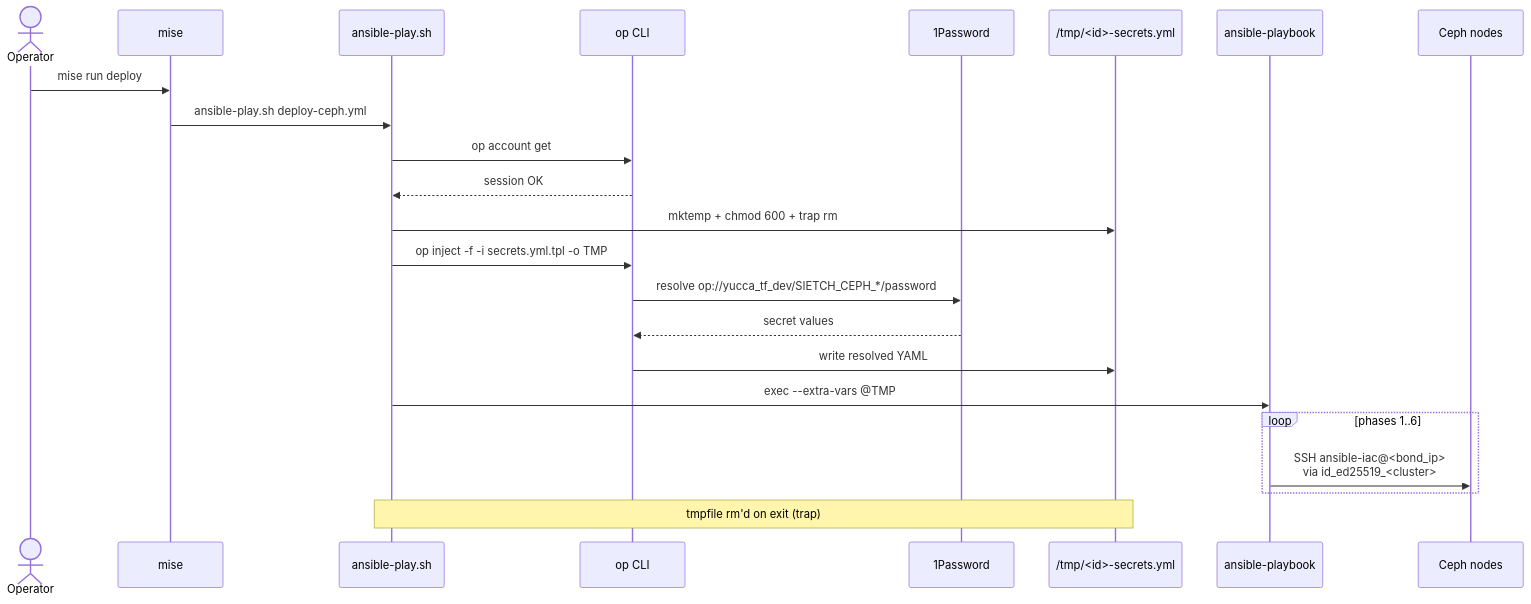
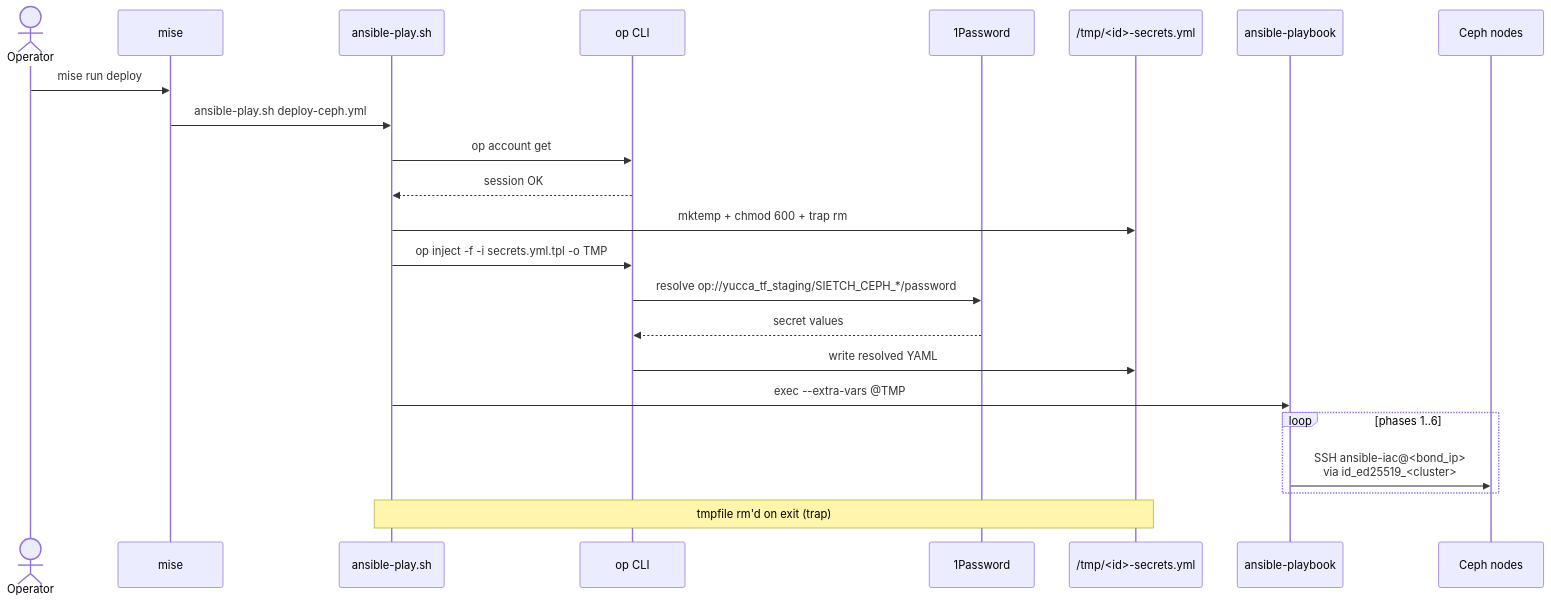
Before and after one commit to immich-app/yucca: the seventh of 11 diagrams in ansible/ceph/docs/architecture.md, drawn with Mermaid. The commit also changed other lines of this file and 16 other files, not shown here.

````diff
--- a/ansible/ceph/docs/architecture.md
+++ b/ansible/ceph/docs/architecture.md
@@ -560,26 +590,26 @@
 ```mermaid
 sequenceDiagram
     actor OP as Operator
     participant MISE as mise
     participant WRAP as ansible-play.sh
     participant OPCLI as op CLI
     participant ONEP as 1Password
     participant TMP as /tmp/<id>-secrets.yml
     participant ANS as ansible-playbook
     participant NODES as Ceph nodes
 
     OP->>MISE: mise run deploy
     MISE->>WRAP: ansible-play.sh deploy-ceph.yml
     WRAP->>OPCLI: op account get
     OPCLI-->>WRAP: session OK
     WRAP->>TMP: mktemp + chmod 600 + trap rm
     WRAP->>OPCLI: op inject -f -i secrets.yml.tpl -o TMP
-    OPCLI->>ONEP: resolve op://yucca_tf_dev/SIETCH_CEPH_*/password
+    OPCLI->>ONEP: resolve op://yucca_tf_staging/SIETCH_CEPH_*/password
     ONEP-->>OPCLI: secret values
     OPCLI->>TMP: write resolved YAML
     WRAP->>ANS: exec --extra-vars @TMP
     loop phases 1..6
         ANS->>NODES: SSH ansible-iac@<bond_ip><br/>via id_ed25519_<cluster>
     end
     Note over WRAP,TMP: tmpfile rm'd on exit (trap)
 ```
````
